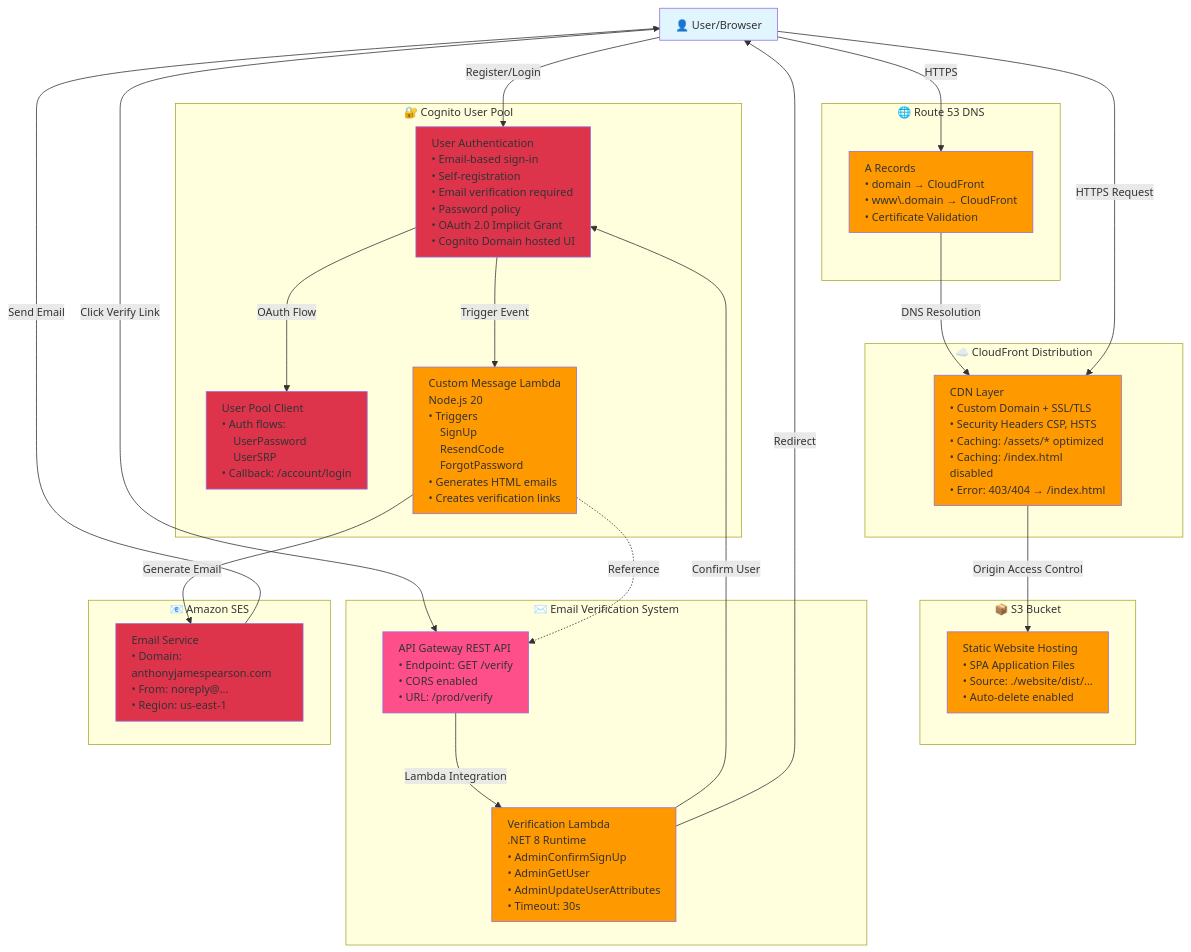
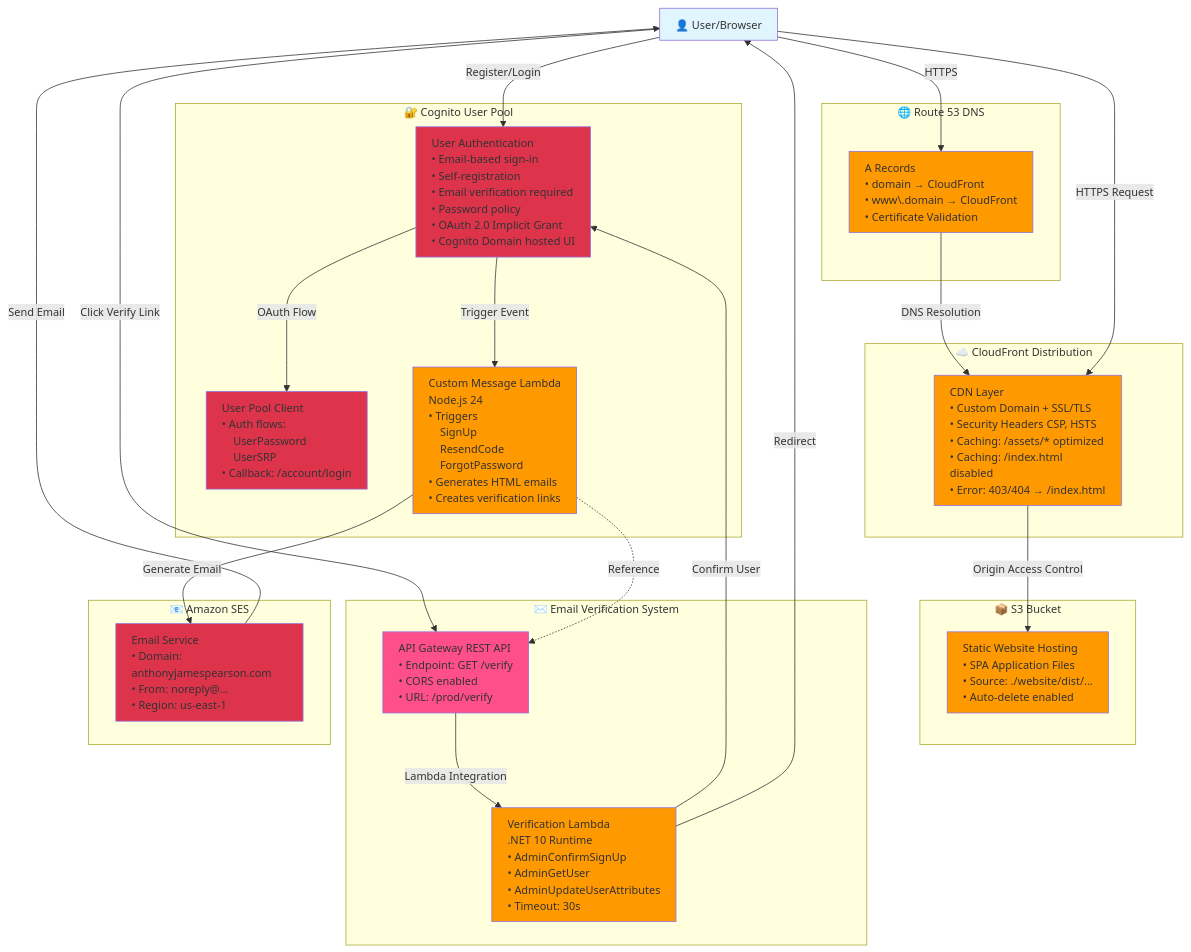
Before and after one commit to ajgoldenwings/anthonyjamespearson.com: the diagram in website/public/images/2026-02-19/infrastructure-chart.md, drawn with Mermaid. The commit also changed 13 other files, not shown here.

Commit message:
Update documents. File-Scoped Namespace. Node, .NET updates

````diff
--- a/website/public/images/2026-02-19/infrastructure-chart.md
+++ b/website/public/images/2026-02-19/infrastructure-chart.md
@@ -8,65 +8,65 @@
 ```mermaid
 %%{init: {'themeVariables': {'fontSize': '14px'}, 'flowchart': {'nodeSpacing': 50, 'rankSpacing': 60, 'padding': 10}}}%%
 graph TB
     User[👤 User/Browser]
     
     subgraph DNS["🌐 Route 53 DNS"]
         Route53["A Records<br/>• domain → CloudFront<br/>• www\.domain → CloudFront<br/>• Certificate Validation"]
     end
     
     subgraph CDN["☁️ CloudFront Distribution"]
         CloudFront["CDN Layer<br/>• Custom Domain + SSL/TLS<br/>• Security Headers CSP, HSTS<br/>• Caching: /assets/* optimized<br/>• Caching: /index.html disabled<br/>• Error: 403/404 → /index.html"]
     end
     
     subgraph Storage["📦 S3 Bucket"]
         S3["Static Website Hosting<br/>• SPA Application Files<br/>• Source: ./website/dist/...<br/>• Auto-delete enabled"]
     end
     
     subgraph Auth["🔐 Cognito User Pool"]
         Cognito["User Authentication<br/>• Email-based sign-in<br/>• Self-registration<br/>• Email verification required<br/>• Password policy<br/>• OAuth 2.0 Implicit Grant<br/>• Cognito Domain hosted UI"]
         CognitoClient["User Pool Client<br/>• Auth flows:<br/>&nbsp;&nbsp;&nbsp;&nbsp;UserPassword<br/>&nbsp;&nbsp;&nbsp;&nbsp;UserSRP<br/>• Callback: /account/login"]
-        CustomMsg["Custom Message Lambda<br/>Node.js 20<br/>• Triggers<br/>&nbsp;&nbsp;&nbsp;&nbsp;SignUp<br/>&nbsp;&nbsp;&nbsp;&nbsp;ResendCode<br/>&nbsp;&nbsp;&nbsp;&nbsp;ForgotPassword<br/>• Generates HTML emails<br/>• Creates verification links"]
+        CustomMsg["Custom Message Lambda<br/>Node.js 24<br/>• Triggers<br/>&nbsp;&nbsp;&nbsp;&nbsp;SignUp<br/>&nbsp;&nbsp;&nbsp;&nbsp;ResendCode<br/>&nbsp;&nbsp;&nbsp;&nbsp;ForgotPassword<br/>• Generates HTML emails<br/>• Creates verification links"]
     end
     
     subgraph Verification["✉️ Email Verification System"]
         API["API Gateway REST API<br/>• Endpoint: GET /verify<br/>• CORS enabled<br/>• URL: /prod/verify"]
-        VerifyLambda["Verification Lambda<br/>.NET 8 Runtime<br/>• AdminConfirmSignUp<br/>• AdminGetUser<br/>• AdminUpdateUserAttributes<br/>• Timeout: 30s"]
+        VerifyLambda["Verification Lambda<br/>.NET 10 Runtime<br/>• AdminConfirmSignUp<br/>• AdminGetUser<br/>• AdminUpdateUserAttributes<br/>• Timeout: 30s"]
     end
     
     subgraph Email["📧 Amazon SES"]
         SES["Email Service<br/>• Domain: anthonyjamespearson.com<br/>• From: noreply@...<br/>• Region: us-east-1"]
     end
     
     User -->|HTTPS| Route53
     Route53 -->|DNS Resolution| CloudFront
     User -->|HTTPS Request| CloudFront
     CloudFront -->|Origin Access Control| S3
     
     User -->|Register/Login| Cognito
     Cognito -->|OAuth Flow| CognitoClient
     Cognito -->|Trigger Event| CustomMsg
     CustomMsg -->|Generate Email| SES
     SES -->|Send Email| User
     
     User -->|Click Verify Link| API
     API -->|Lambda Integration| VerifyLambda
     VerifyLambda -->|Confirm User| Cognito
     VerifyLambda -->|Redirect| User
     
     CustomMsg -.->|Reference| API
     
     classDef leftAlign text-align:left
     
     class User,Route53,CloudFront,S3,Cognito,CognitoClient,CustomMsg,API,VerifyLambda,SES leftAlign
     
     style User fill:#e1f5ff
     style CloudFront fill:#ff9900
     style S3 fill:#ff9900
     style Route53 fill:#ff9900
     style Cognito fill:#dd344c
     style CognitoClient fill:#dd344c
     style CustomMsg fill:#ff9900
     style API fill:#ff4f8b
     style VerifyLambda fill:#ff9900
     style SES fill:#dd344c
 ```
````
